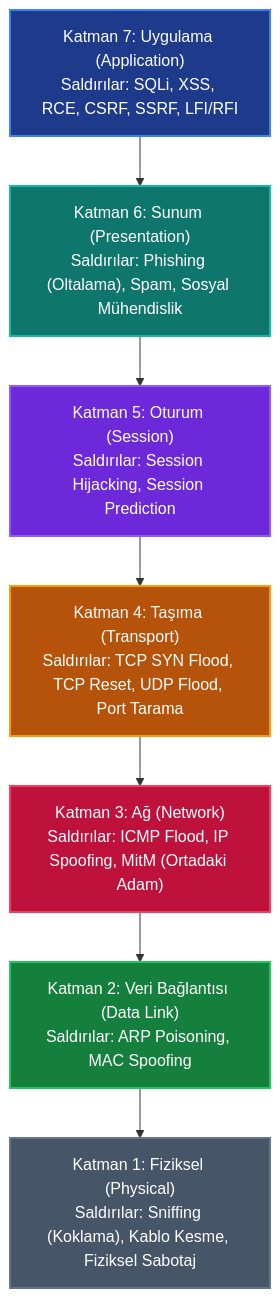
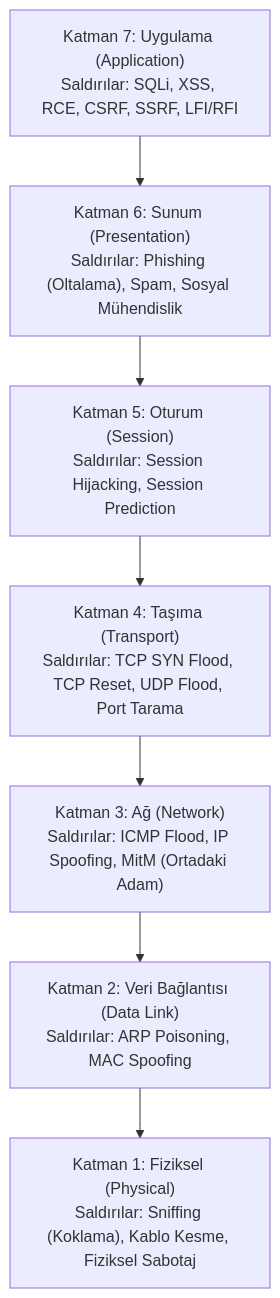
The diagram in website/content/cyberattacks-in-the-osi-model/tr.md (yusufarbc/yusufarbc), drawn with Mermaid before and after one commit. The commit also changed 24 other files, not shown here.

````diff
--- a/website/content/cyberattacks-in-the-osi-model/tr.md
+++ b/website/content/cyberattacks-in-the-osi-model/tr.md
@@ -35,26 +35,17 @@
 ```mermaid
 graph TD
-    %% Styling
-    classDef l7 fill:#1e3a8a,stroke:#3b82f6,stroke-width:2px,color:#fff;
-    classDef l6 fill:#0f766e,stroke:#14b8a6,stroke-width:2px,color:#fff;
-    classDef l5 fill:#6d28d9,stroke:#8b5cf6,stroke-width:2px,color:#fff;
-    classDef l4 fill:#b45309,stroke:#f59e0b,stroke-width:2px,color:#fff;
-    classDef l3 fill:#be123c,stroke:#f43f5e,stroke-width:2px,color:#fff;
-    classDef l2 fill:#15803d,stroke:#22c55e,stroke-width:2px,color:#fff;
-    classDef l1 fill:#475569,stroke:#64748b,stroke-width:2px,color:#fff;
-
-    L7["Katman 7: Uygulama (Application)<br/>Saldırılar: SQLi, XSS, RCE, CSRF, SSRF, LFI/RFI"]:::l7
-    L6["Katman 6: Sunum (Presentation)<br/>Saldırılar: Phishing (Oltalama), Spam, Sosyal Mühendislik"]:::l6
-    L5["Katman 5: Oturum (Session)<br/>Saldırılar: Session Hijacking, Session Prediction"]:::l5
-    L4["Katman 4: Taşıma (Transport)<br/>Saldırılar: TCP SYN Flood, TCP Reset, UDP Flood, Port Tarama"]:::l4
-    L3["Katman 3: Ağ (Network)<br/>Saldırılar: ICMP Flood, IP Spoofing, MitM (Ortadaki Adam)"]:::l3
-    L2["Katman 2: Veri Bağlantısı (Data Link)<br/>Saldırılar: ARP Poisoning, MAC Spoofing"]:::l2
-    L1["Katman 1: Fiziksel (Physical)<br/>Saldırılar: Sniffing (Koklama), Kablo Kesme, Fiziksel Sabotaj"]:::l1
+    L7["Katman 7: Uygulama (Application)<br/>Saldırılar: SQLi, XSS, RCE, CSRF, SSRF, LFI/RFI"]
+    L6["Katman 6: Sunum (Presentation)<br/>Saldırılar: Phishing (Oltalama), Spam, Sosyal Mühendislik"]
+    L5["Katman 5: Oturum (Session)<br/>Saldırılar: Session Hijacking, Session Prediction"]
+    L4["Katman 4: Taşıma (Transport)<br/>Saldırılar: TCP SYN Flood, TCP Reset, UDP Flood, Port Tarama"]
+    L3["Katman 3: Ağ (Network)<br/>Saldırılar: ICMP Flood, IP Spoofing, MitM (Ortadaki Adam)"]
+    L2["Katman 2: Veri Bağlantısı (Data Link)<br/>Saldırılar: ARP Poisoning, MAC Spoofing"]
+    L1["Katman 1: Fiziksel (Physical)<br/>Saldırılar: Sniffing (Koklama), Kablo Kesme, Fiziksel Sabotaj"]
 
     L7 --> L6
     L6 --> L5
     L5 --> L4
     L4 --> L3
     L3 --> L2
     L2 --> L1
 ```
````
